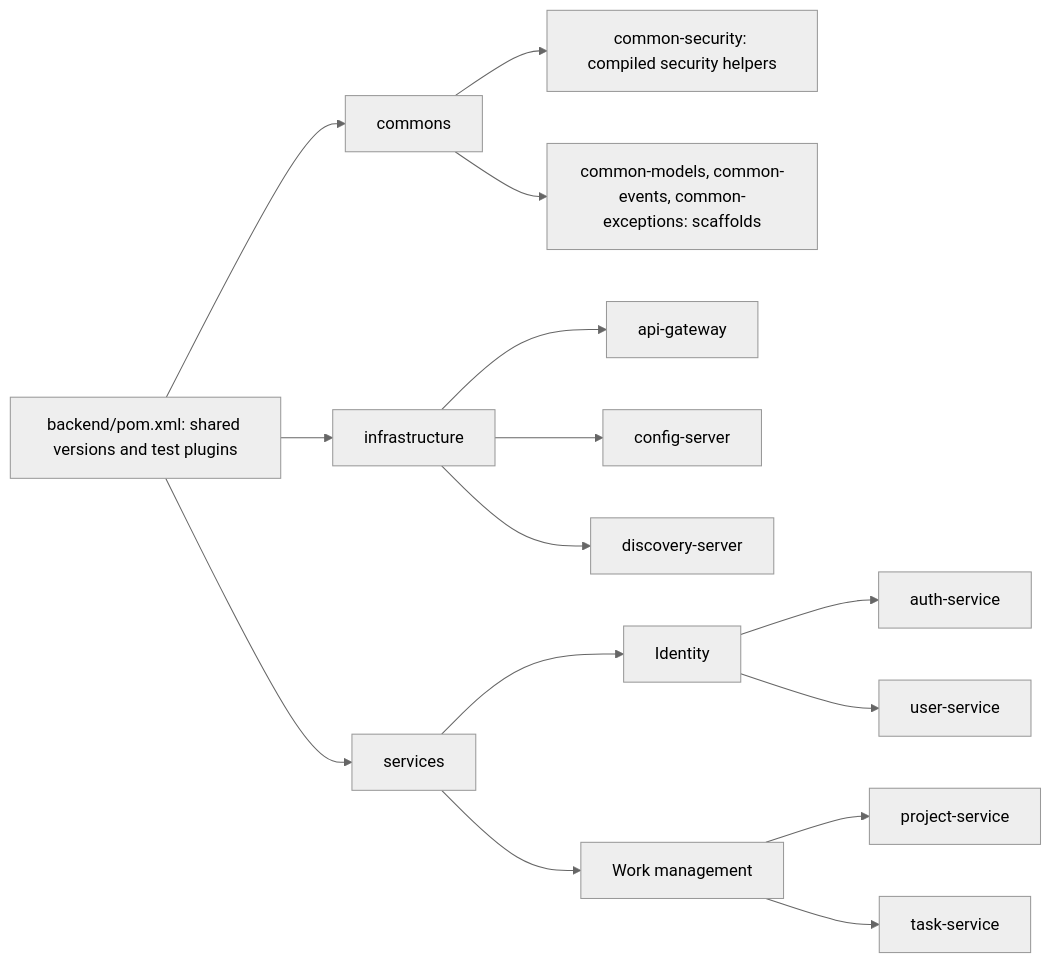
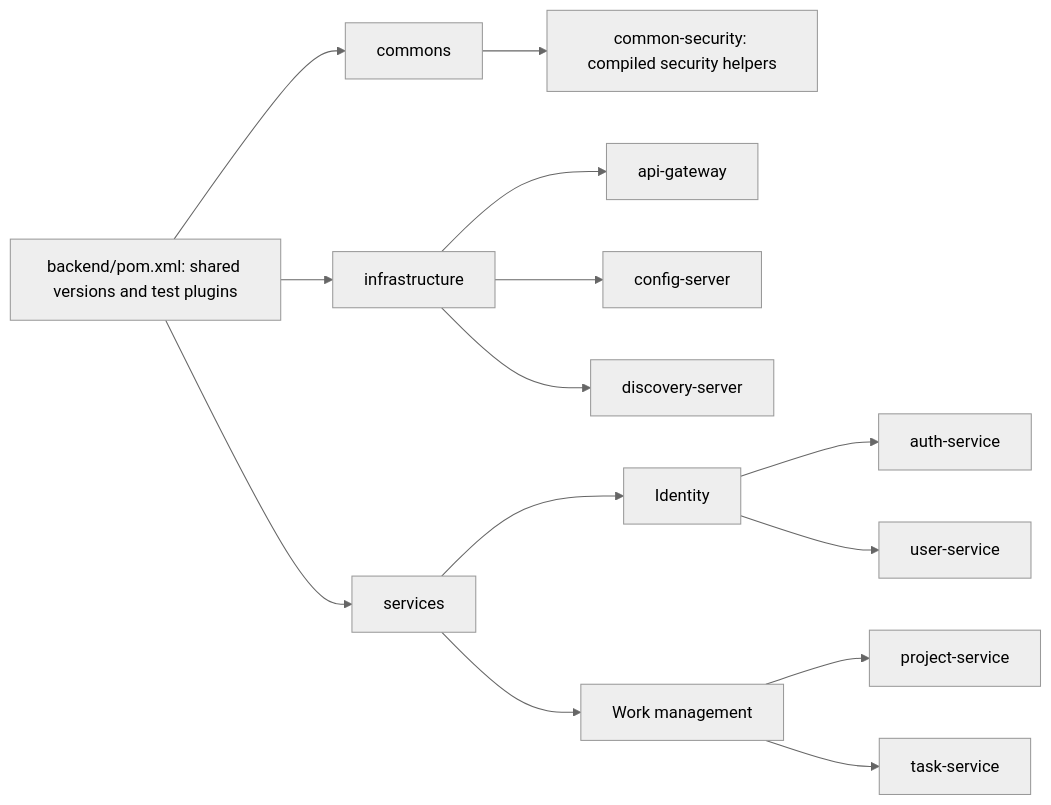
One commit to herve192-hub/TaskFlow changed the diagram in backend/README.md. Above: the diagram before and after it, drawn with Mermaid (neutral theme). The commit also changed 108 other files, not shown here.

````diff
--- a/backend/README.md
+++ b/backend/README.md
@@ -12,18 +12,17 @@
 ```mermaid
 flowchart LR
     parent["backend/pom.xml: shared versions and test plugins"]
     parent --> commons["commons"]
     parent --> infrastructure["infrastructure"]
     parent --> services["services"]
     commons --> security["common-security: compiled security helpers"]
-    commons --> scaffolds["common-models, common-events, common-exceptions: scaffolds"]
     infrastructure --> gateway["api-gateway"]
     infrastructure --> config["config-server"]
     infrastructure --> discovery["discovery-server"]
     services --> identity["Identity"]
     identity --> auth["auth-service"]
     identity --> users["user-service"]
     services --> work["Work management"]
     work --> projects["project-service"]
     work --> tasks["task-service"]
 ```
````
